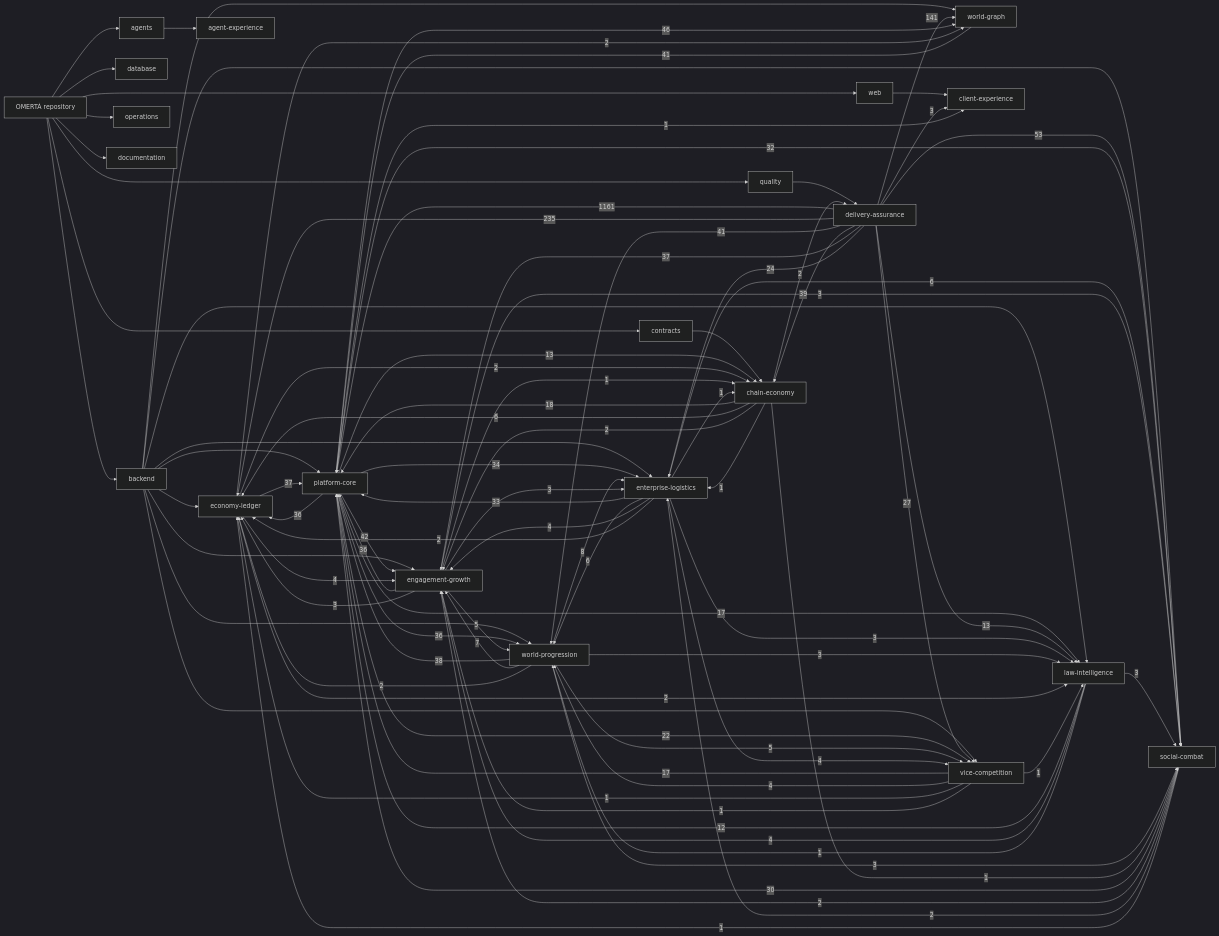
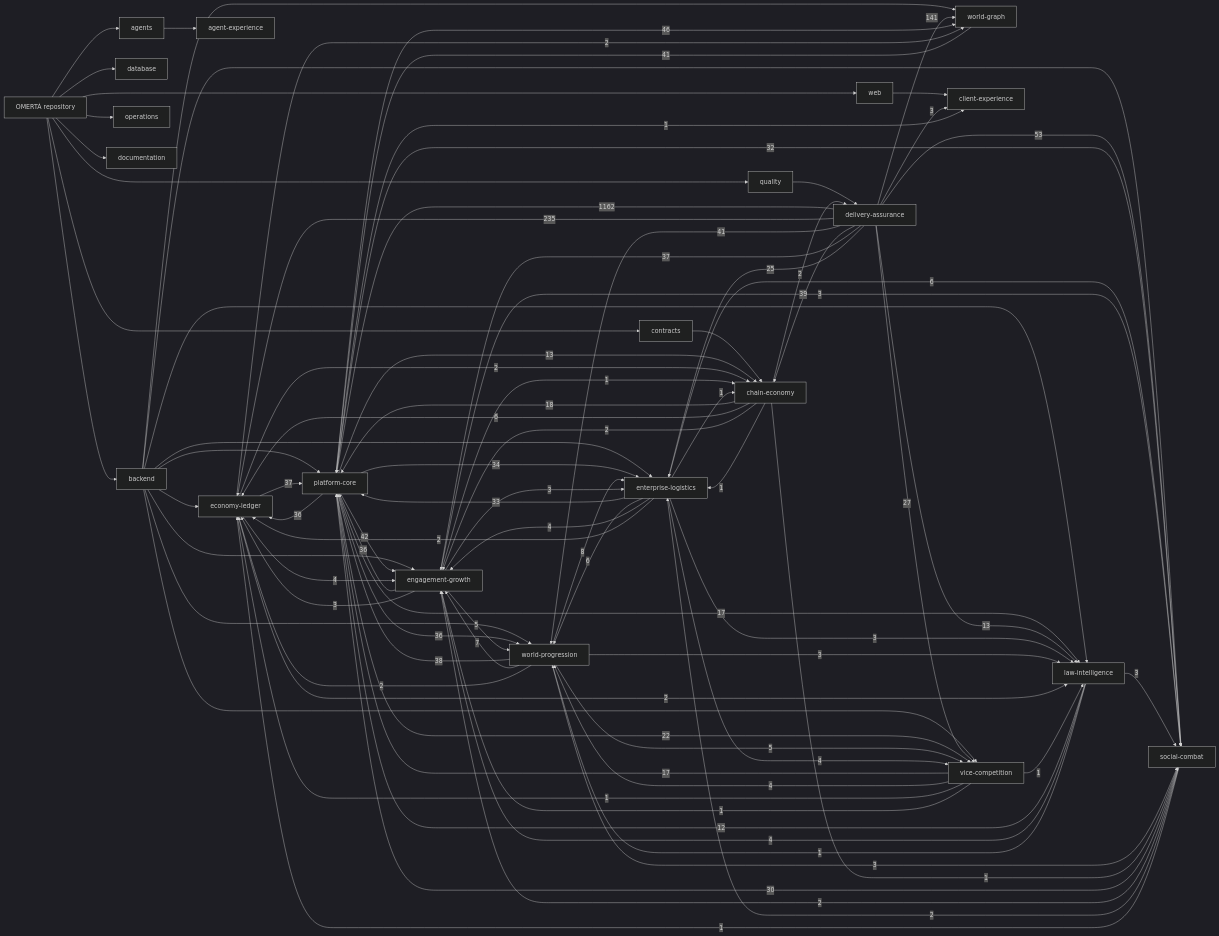
The diagram in knowledge/generated/graph.mmd (OmertaDev/Omerta), drawn with Mermaid (dark theme) before and after one commit. The commit also changed 8 other files, not shown here.

```diff
--- a/knowledge/generated/graph.mmd
+++ b/knowledge/generated/graph.mmd
@@ -1,111 +1,111 @@
 flowchart LR
   repo["OMERTÀ repository"]
   sub_backend["backend"]
   repo --> sub_backend
   sub_database["database"]
   repo --> sub_database
   sub_web["web"]
   repo --> sub_web
   sub_contracts["contracts"]
   repo --> sub_contracts
   sub_agents["agents"]
   repo --> sub_agents
   sub_quality["quality"]
   repo --> sub_quality
   sub_operations["operations"]
   repo --> sub_operations
   sub_documentation["documentation"]
   repo --> sub_documentation
   dom_platform-core["platform-core"]
   dom_economy-ledger["economy-ledger"]
   dom_social-combat["social-combat"]
   dom_world-progression["world-progression"]
   dom_world-graph["world-graph"]
   dom_enterprise-logistics["enterprise-logistics"]
   dom_vice-competition["vice-competition"]
   dom_law-intelligence["law-intelligence"]
   dom_chain-economy["chain-economy"]
   dom_engagement-growth["engagement-growth"]
   dom_client-experience["client-experience"]
   dom_agent-experience["agent-experience"]
   dom_delivery-assurance["delivery-assurance"]
   sub_agents --> dom_agent-experience
   sub_backend --> dom_economy-ledger
   sub_backend --> dom_engagement-growth
   sub_backend --> dom_enterprise-logistics
   sub_backend --> dom_law-intelligence
   sub_backend --> dom_platform-core
   sub_backend --> dom_social-combat
   sub_backend --> dom_vice-competition
   sub_backend --> dom_world-graph
   sub_backend --> dom_world-progression
   sub_contracts --> dom_chain-economy
   sub_quality --> dom_delivery-assurance
   sub_web --> dom_client-experience
-  dom_delivery-assurance -->|1161| dom_platform-core
+  dom_delivery-assurance -->|1162| dom_platform-core
   dom_delivery-assurance -->|235| dom_economy-ledger
   dom_delivery-assurance -->|141| dom_world-graph
   dom_delivery-assurance -->|53| dom_social-combat
   dom_platform-core -->|46| dom_world-graph
   dom_platform-core -->|42| dom_engagement-growth
   dom_delivery-assurance -->|41| dom_world-progression
   dom_world-graph -->|41| dom_platform-core
   dom_delivery-assurance -->|39| dom_chain-economy
   dom_world-progression -->|38| dom_platform-core
   dom_delivery-assurance -->|37| dom_engagement-growth
   dom_economy-ledger -->|37| dom_platform-core
   dom_engagement-growth -->|36| dom_platform-core
   dom_platform-core -->|36| dom_economy-ledger
   dom_platform-core -->|36| dom_world-progression
   dom_platform-core -->|34| dom_enterprise-logistics
   dom_enterprise-logistics -->|33| dom_platform-core
   dom_platform-core -->|32| dom_social-combat
   dom_social-combat -->|30| dom_platform-core
   dom_delivery-assurance -->|27| dom_vice-competition
-  dom_delivery-assurance -->|24| dom_enterprise-logistics
+  dom_delivery-assurance -->|25| dom_enterprise-logistics
   dom_platform-core -->|22| dom_vice-competition
   dom_chain-economy -->|18| dom_platform-core
   dom_platform-core -->|17| dom_law-intelligence
   dom_vice-competition -->|17| dom_platform-core
   dom_delivery-assurance -->|13| dom_law-intelligence
   dom_platform-core -->|13| dom_chain-economy
   dom_law-intelligence -->|12| dom_platform-core
   dom_world-progression -->|8| dom_enterprise-logistics
   dom_world-progression -->|7| dom_engagement-growth
   dom_chain-economy -->|6| dom_economy-ledger
   dom_enterprise-logistics -->|6| dom_social-combat
   dom_enterprise-logistics -->|6| dom_world-progression
   dom_engagement-growth -->|5| dom_world-progression
   dom_world-progression -->|5| dom_vice-competition
   dom_economy-ledger -->|4| dom_engagement-growth
   dom_enterprise-logistics -->|4| dom_engagement-growth
   dom_enterprise-logistics -->|4| dom_vice-competition
   dom_law-intelligence -->|4| dom_engagement-growth
   dom_vice-competition -->|4| dom_world-progression
   dom_delivery-assurance -->|3| dom_client-experience
   dom_engagement-growth -->|3| dom_economy-ledger
   dom_engagement-growth -->|3| dom_enterprise-logistics
   dom_engagement-growth -->|3| dom_social-combat
   dom_enterprise-logistics -->|3| dom_law-intelligence
   dom_law-intelligence -->|3| dom_social-combat
   dom_world-progression -->|3| dom_law-intelligence
   dom_world-progression -->|3| dom_social-combat
   dom_chain-economy -->|2| dom_delivery-assurance
   dom_chain-economy -->|2| dom_engagement-growth
   dom_economy-ledger -->|2| dom_chain-economy
   dom_economy-ledger -->|2| dom_law-intelligence
   dom_economy-ledger -->|2| dom_world-graph
   dom_enterprise-logistics -->|2| dom_economy-ledger
   dom_social-combat -->|2| dom_engagement-growth
   dom_social-combat -->|2| dom_enterprise-logistics
   dom_world-progression -->|2| dom_economy-ledger
   dom_chain-economy -->|1| dom_enterprise-logistics
   dom_chain-economy -->|1| dom_social-combat
   dom_engagement-growth -->|1| dom_chain-economy
   dom_enterprise-logistics -->|1| dom_chain-economy
   dom_law-intelligence -->|1| dom_world-progression
   dom_platform-core -->|1| dom_client-experience
   dom_social-combat -->|1| dom_economy-ledger
   dom_vice-competition -->|1| dom_economy-ledger
   dom_vice-competition -->|1| dom_engagement-growth
   dom_vice-competition -->|1| dom_law-intelligence
```
